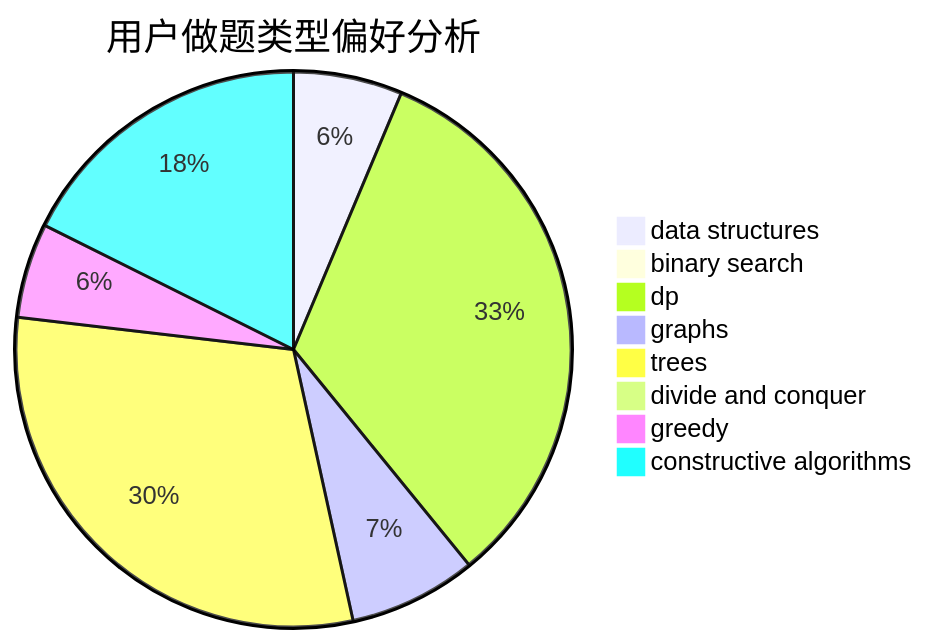
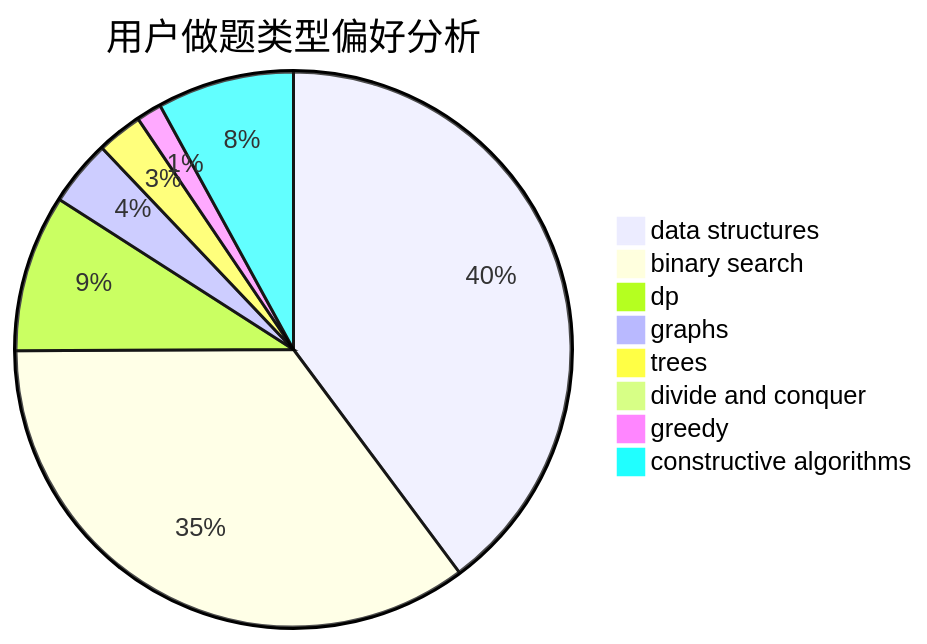
Before and after one commit to sherpahu/cfrs.github.io: the second of 3 diagrams in docs/user/u2741.md, drawn with Mermaid. The commit also changed other lines of this file and 2770 other files, not shown here.

````diff
--- a/docs/user/u2741.md
+++ b/docs/user/u2741.md
@@ -23,11 +23,11 @@
 ```mermaid
 pie title 用户做题类型偏好分析
-    "data structures" :  23
-    "binary search" :  0
-    "dp" :  119
-    "graphs" :  27
-    "trees" :  110
+    "data structures" :  135
+    "binary search" :  119
+    "dp" :  31
+    "graphs" :  13
+    "trees" :  9
     "divide and conquer" :  0
-    "greedy" :  20
-    "constructive algorithms" :  64
+    "greedy" :  5
+    "constructive algorithms" :  27
 ```
````
